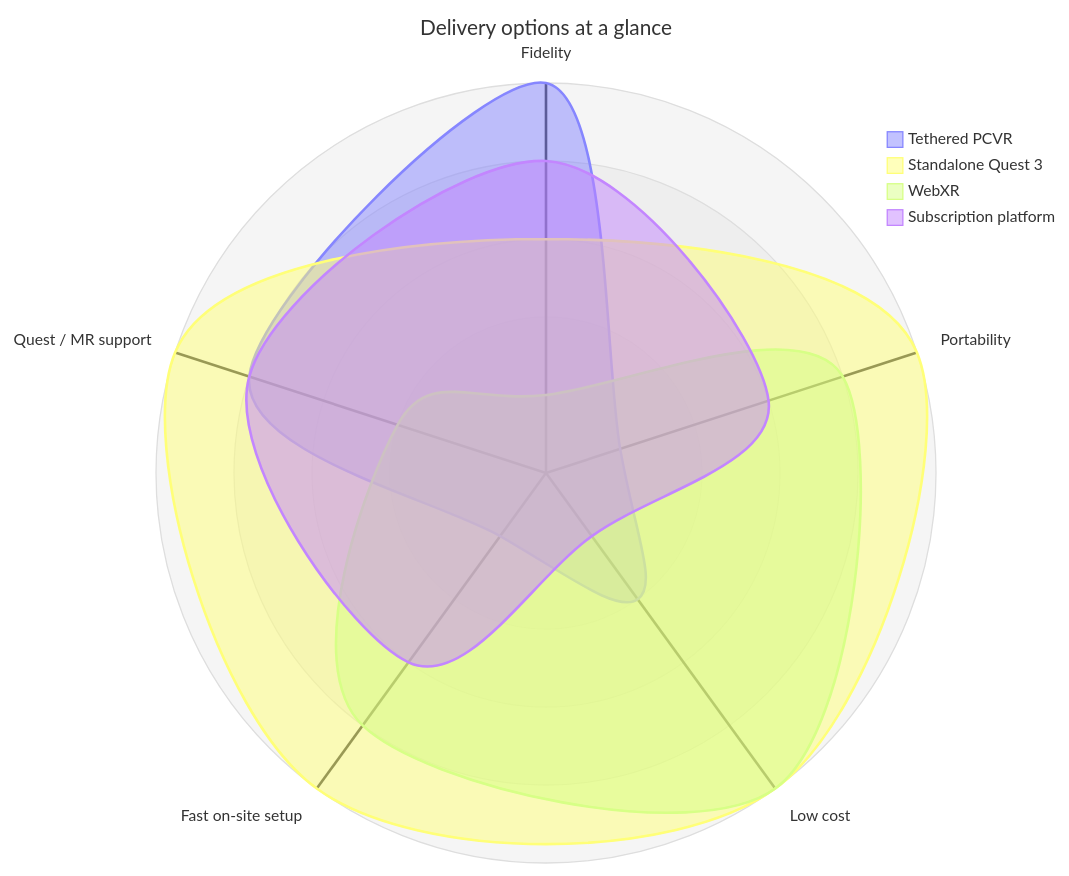
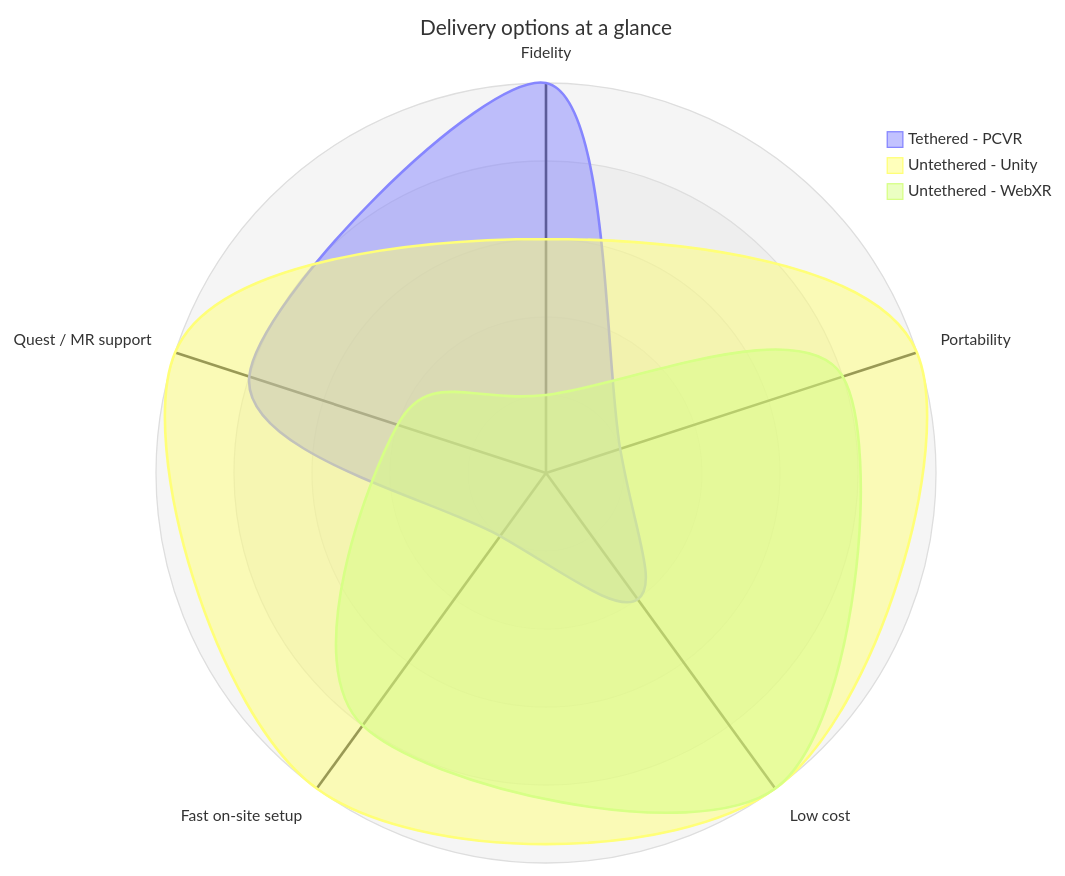
The diagram in src/content/writeups/vr-pool.md (xHugo21/xhugo21.github.io), drawn with Mermaid before and after one commit.

Commit message:
feat: remove subscription from vr pool diagram and rename untethered ones

````diff
--- a/src/content/writeups/vr-pool.md
+++ b/src/content/writeups/vr-pool.md
@@ -15,10 +15,9 @@
 ```mermaid Delivery options at a glance
 radar-beta
   title Delivery options at a glance
   axis fidelity["Fidelity"], portable["Portability"], cheap["Low cost"], setup["Fast on-site setup"], mr["Quest / MR support"]
-  curve tethered["Tethered PCVR"]{5, 1, 2, 1, 4}
-  curve standalone["Standalone Quest 3"]{3, 5, 5, 5, 5}
-  curve webxr["WebXR"]{1, 4, 5, 4, 2}
-  curve platform["Subscription platform"]{4, 3, 1, 3, 4}
+  curve tethered["Tethered - PCVR"]{5, 1, 2, 1, 4}
+  curve standalone["Untethered - Unity"]{3, 5, 5, 5, 5}
+  curve webxr["Untethered - WebXR"]{1, 4, 5, 4, 2}
   max 5
 ```
````
